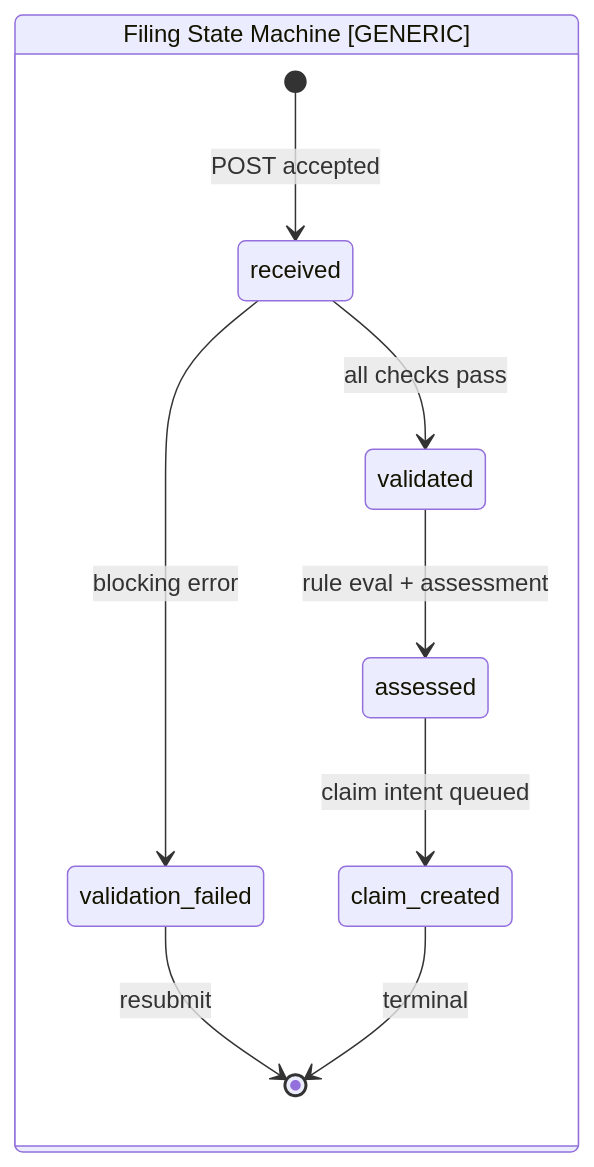
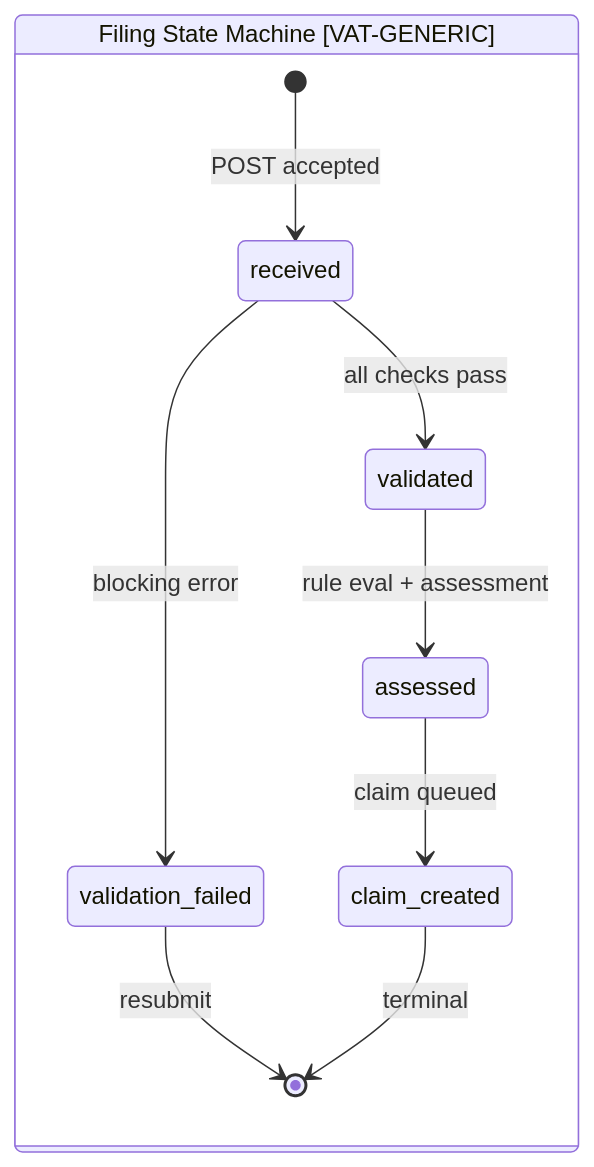
Before and after one commit to nc-tbi/VATRI-Codex: the tenth of 11 diagrams in design/01-vat-filing-assessment-solution-design.md, drawn with Mermaid. The commit also changed other lines of this file and 15 other files, not shown here.

````diff
--- a/design/01-vat-filing-assessment-solution-design.md
+++ b/design/01-vat-filing-assessment-solution-design.md
@@ -295,12 +406,12 @@
 ```mermaid
 stateDiagram-v2
-    state "Filing State Machine [GENERIC]" as FSM {
+    state "Filing State Machine [VAT-GENERIC]" as FSM {
         [*] --> received : POST accepted
         received --> validation_failed : blocking error
         received --> validated : all checks pass
         validated --> assessed : rule eval + assessment
-        assessed --> claim_created : claim intent queued
+        assessed --> claim_created : claim queued
         validation_failed --> [*] : resubmit
         claim_created --> [*] : terminal
     }
 ```
````
